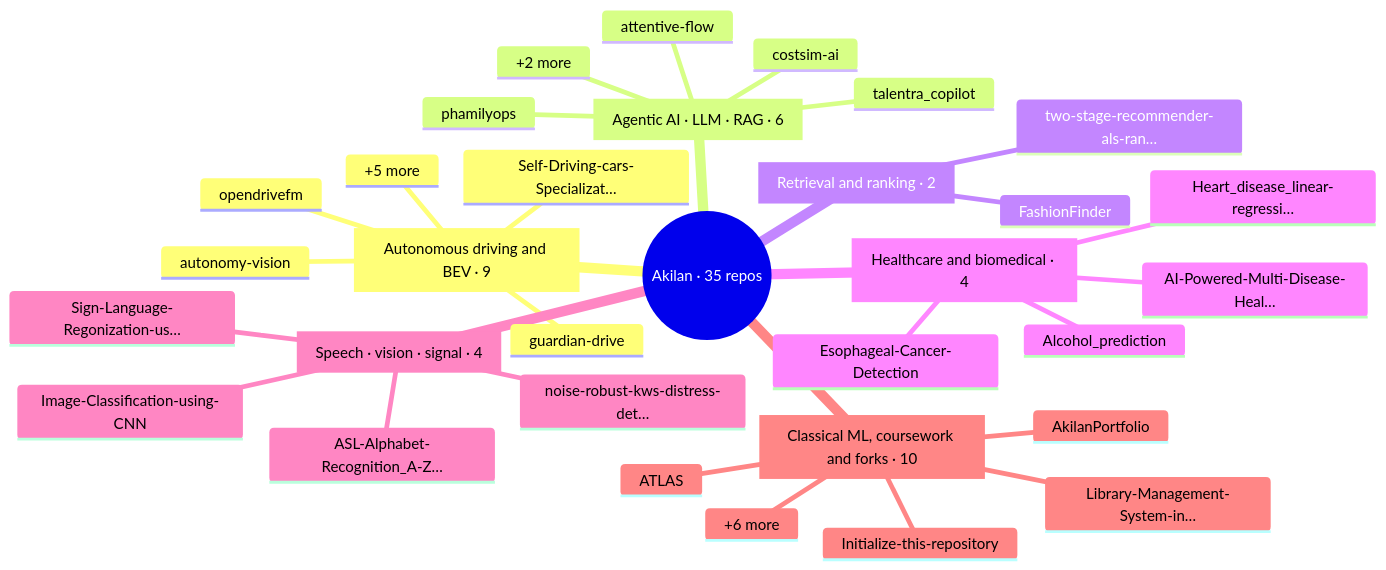
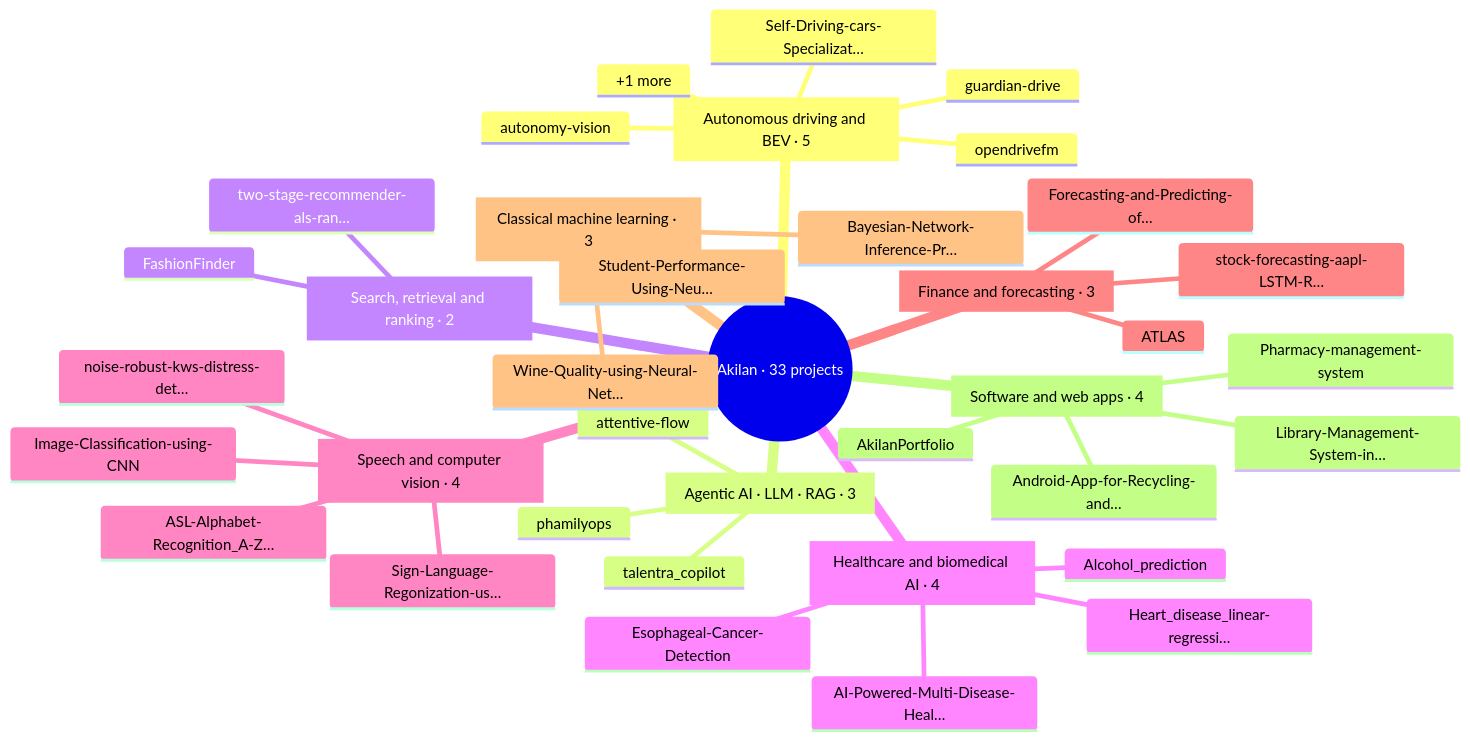
One commit to AkilanManivannanak/AkilanManivannanak changed the diagram in README.md. Above: the diagram before and after it, drawn with Mermaid. The commit also changed other lines of this file and 57 other files, not shown here.

First line of the commit message:
feat: accurate categories with finance/ML/apps/forks, README-derived descriptions, self-hosted header, deck on Pages

````diff
--- a/README.md
+++ b/README.md
@@ -96,35 +99,40 @@
 ```mermaid
 mindmap
-  root((Akilan · 35 repos))
-    av[Autonomous driving and BEV · 9]
+  root((Akilan · 33 projects))
+    av[Autonomous driving and BEV · 5]
       opendrivefm
       guardian-drive
       Self-Driving-cars-Specializat…
       autonomy-vision
-      +5 more
-    agentic[Agentic AI · LLM · RAG · 6]
+      +1 more
+    agentic[Agentic AI · LLM · RAG · 3]
       talentra_copilot
-      costsim-ai
+      phamilyops
       attentive-flow
-      phamilyops
-      +2 more
-    rank[Retrieval and ranking · 2]
+    rank[Search, retrieval and ranking · 2]
       two-stage-recommender-als-ran…
       FashionFinder
-    health[Healthcare and biomedical · 4]
+    health[Healthcare and biomedical AI · 4]
       Esophageal-Cancer-Detection
       AI-Powered-Multi-Disease-Heal…
       Alcohol_prediction
       Heart_disease_linear-regressi…
-    signal[Speech · vision · signal · 4]
+    signal[Speech and computer vision · 4]
       noise-robust-kws-distress-det…
       Sign-Language-Regonization-us…
       ASL-Alphabet-Recognition_A-Z…
       Image-Classification-using-CNN
-    archive[Classical ML, coursework and forks · 10]
+    finance[Finance and forecasting · 3]
+      stock-forecasting-aapl-LSTM-R…
+      ATLAS
+      Forecasting-and-Predicting-of…
+    ml[Classical machine learning · 3]
+      Wine-Quality-using-Neural-Net…
+      Student-Performance-Using-Neu…
+      Bayesian-Network-Inference-Pr…
+    apps[Software and web apps · 4]
       AkilanPortfolio
-      ATLAS
-      Initialize-this-repository
+      Pharmacy-management-system
       Library-Management-System-in…
-      +6 more
+      Android-App-for-Recycling-and…
 ```
````
